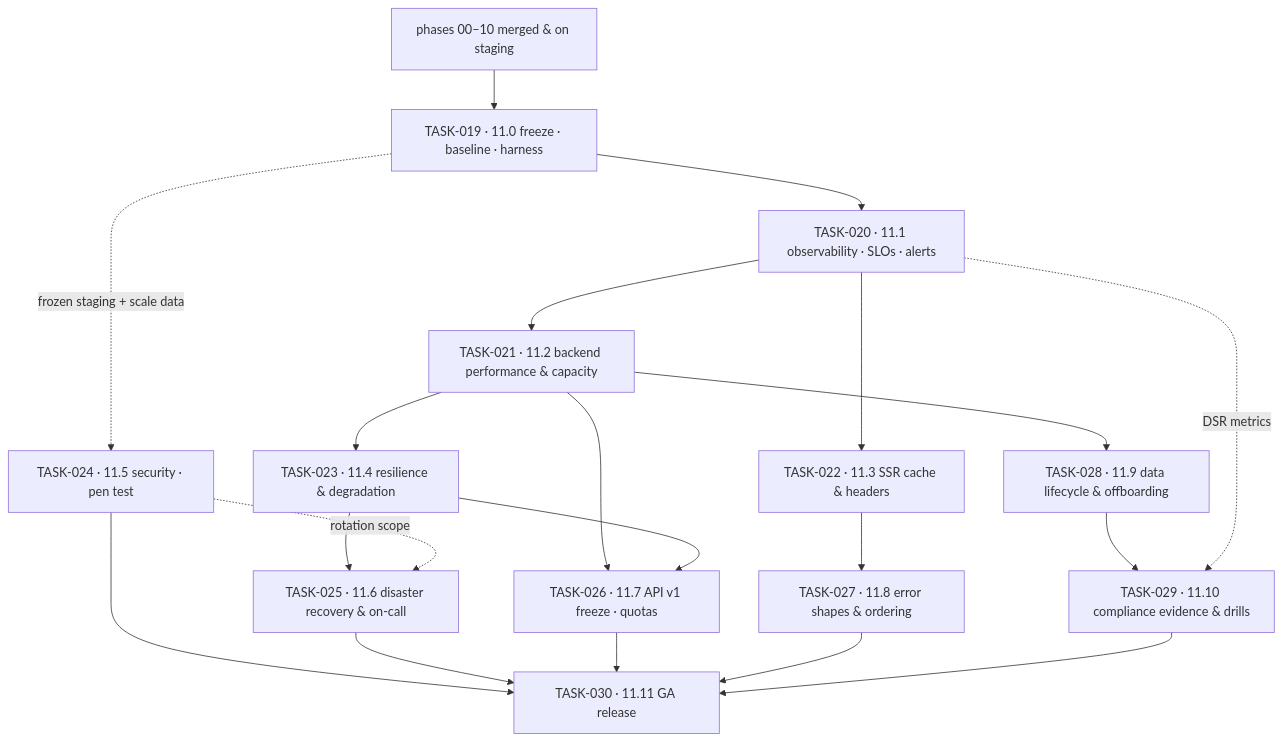
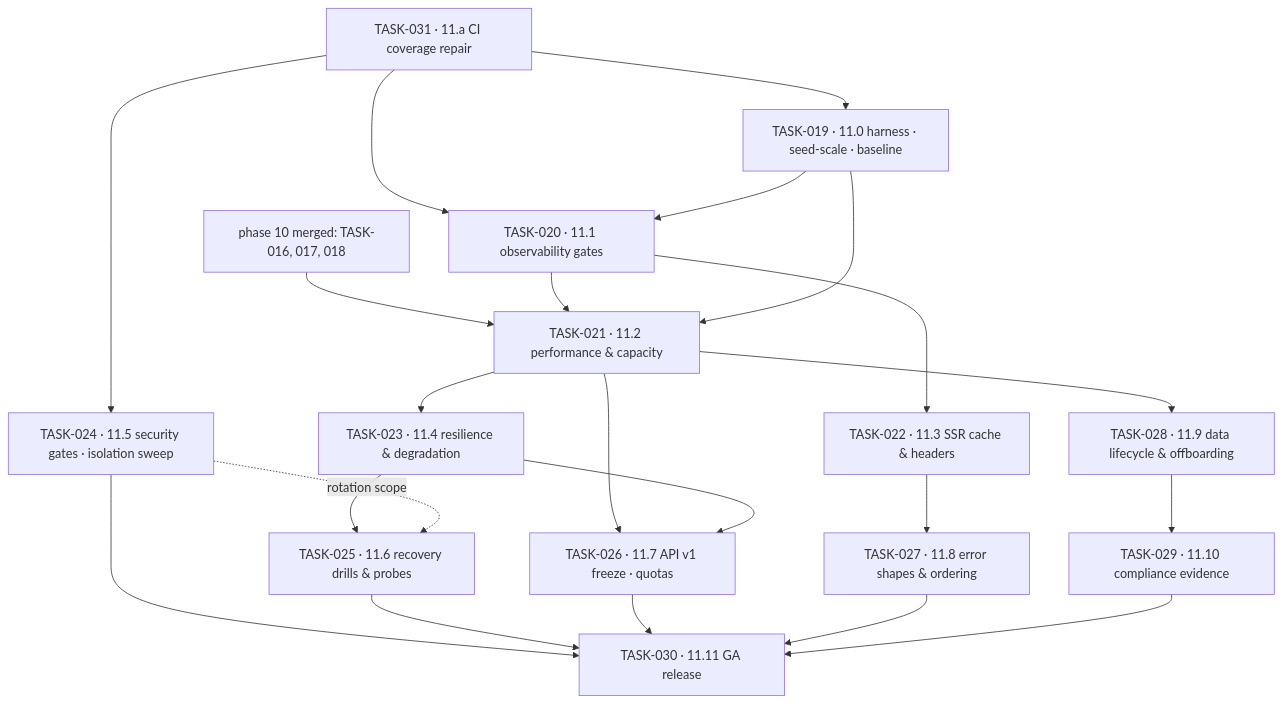
One commit to santoshkc2200/sanvi-backend changed the diagram in docs/tasks/phase-11/README.md. Above: the diagram before and after it, drawn with Mermaid. The commit also changed other lines of this file and 20 other files, not shown here.

````diff
--- a/docs/tasks/phase-11/README.md
+++ b/docs/tasks/phase-11/README.md
@@ -55,22 +72,24 @@
 ```mermaid
 graph TD
-  P10[phases 00–10 merged & on staging] --> T19
-  T19[TASK-019 · 11.0 freeze · baseline · harness] --> T20[TASK-020 · 11.1 observability · SLOs · alerts]
-  T20 --> T21[TASK-021 · 11.2 backend performance & capacity]
+  T31[TASK-031 · 11.a CI coverage repair] --> T19[TASK-019 · 11.0 harness · seed-scale · baseline]
+  T31 --> T20[TASK-020 · 11.1 observability gates]
+  T31 --> T24[TASK-024 · 11.5 security gates · isolation sweep]
+  T19 --> T20
+  P10[phase 10 merged: TASK-016, 017, 018] --> T21
+  T20 --> T21[TASK-021 · 11.2 performance & capacity]
+  T19 --> T21
   T20 --> T22[TASK-022 · 11.3 SSR cache & headers]
   T21 --> T23[TASK-023 · 11.4 resilience & degradation]
-  T19 -.frozen staging + scale data.-> T24[TASK-024 · 11.5 security · pen test]
-  T23 --> T25[TASK-025 · 11.6 disaster recovery & on-call]
+  T23 --> T25[TASK-025 · 11.6 recovery drills & probes]
   T24 -.rotation scope.-> T25
   T21 --> T26[TASK-026 · 11.7 API v1 freeze · quotas]
   T23 --> T26
   T22 --> T27[TASK-027 · 11.8 error shapes & ordering]
   T21 --> T28[TASK-028 · 11.9 data lifecycle & offboarding]
-  T28 --> T29[TASK-029 · 11.10 compliance evidence & drills]
-  T20 -.DSR metrics.-> T29
+  T28 --> T29[TASK-029 · 11.10 compliance evidence]
   T24 --> T30[TASK-030 · 11.11 GA release]
   T25 --> T30
   T26 --> T30
   T27 --> T30
   T29 --> T30
 ```
````
